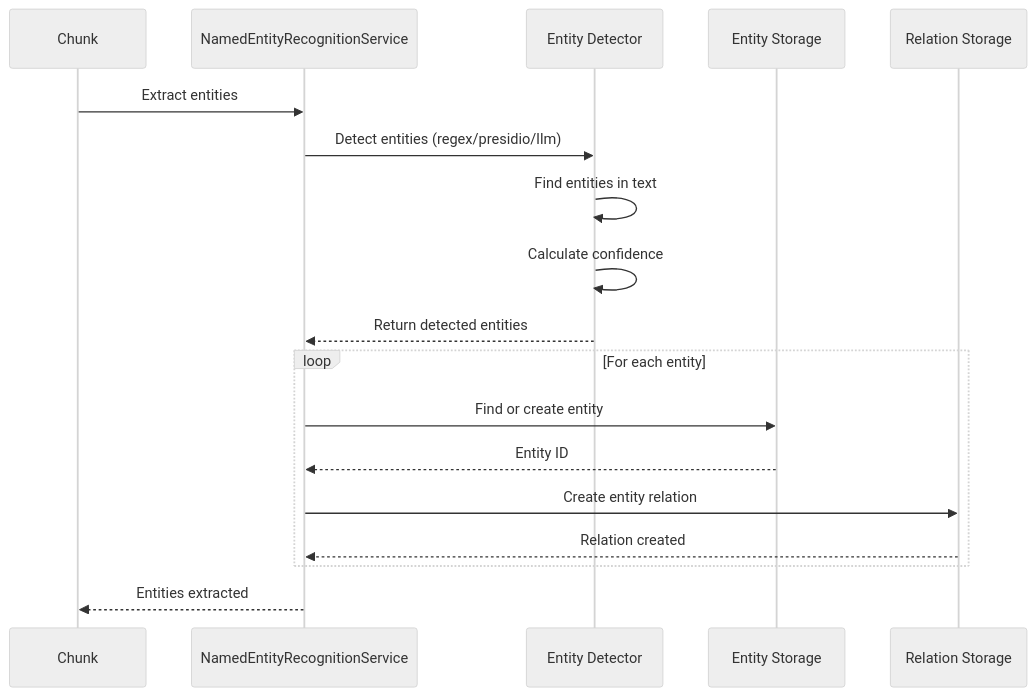
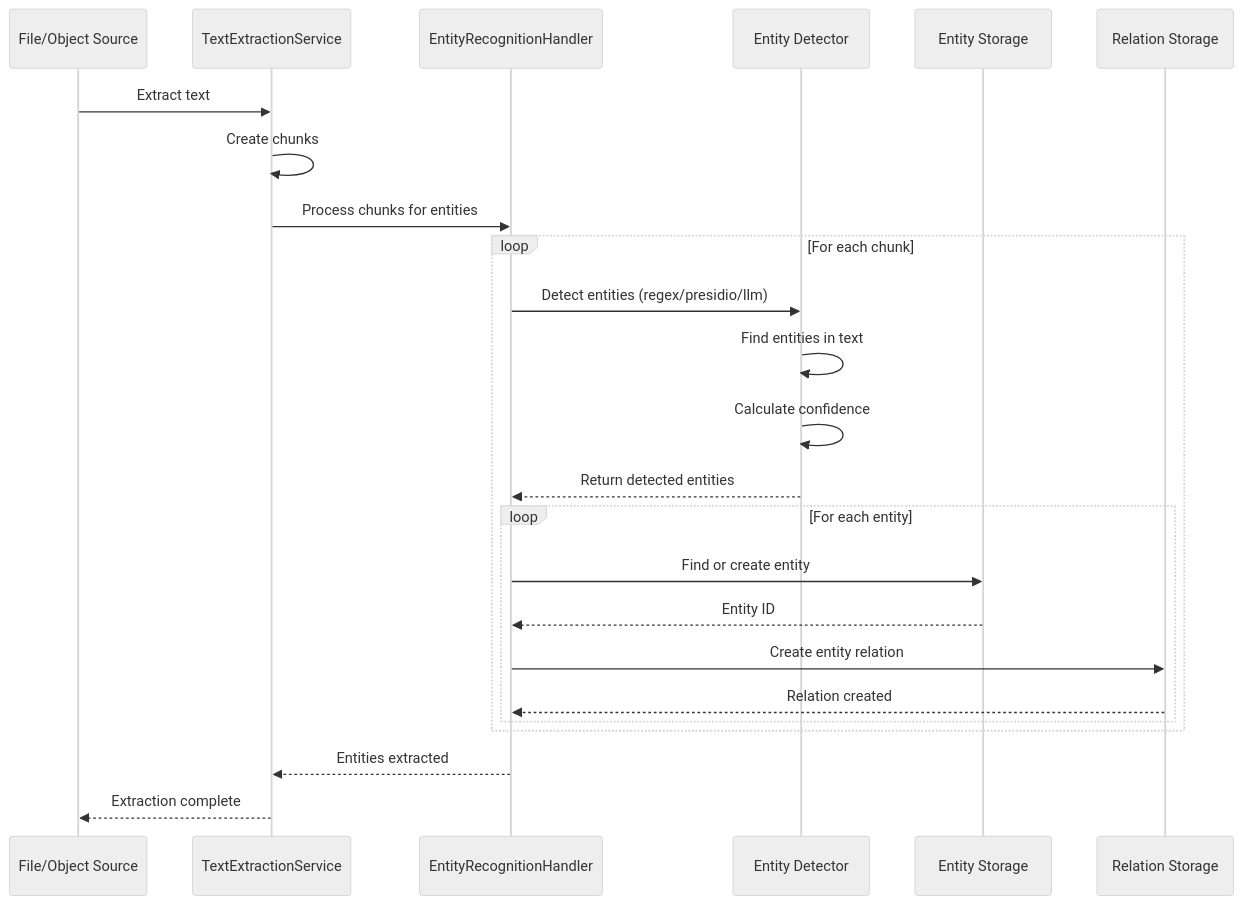
One commit to ConductionNL/openregister changed the diagram in website/docs/technical/named-entity-recognition.md. Above: the diagram before and after it, drawn with Mermaid (neutral theme). The commit also changed other lines of this file and 97 other files, not shown here.

````diff
--- a/website/docs/technical/named-entity-recognition.md
+++ b/website/docs/technical/named-entity-recognition.md
@@ -25,23 +25,30 @@
 ```mermaid
 sequenceDiagram
-    participant Chunk
-    participant NER as NamedEntityRecognitionService
+    participant Source as File/Object Source
+    participant TES as TextExtractionService
+    participant ERH as EntityRecognitionHandler
     participant Detector as Entity Detector
     participant EntityDB as Entity Storage
     participant RelationDB as Relation Storage
     
-    Chunk->>NER: Extract entities
-    NER->>Detector: Detect entities (regex/presidio/llm)
-    Detector->>Detector: Find entities in text
-    Detector->>Detector: Calculate confidence
-    Detector-->>NER: Return detected entities
+    Source->>TES: Extract text
+    TES->>TES: Create chunks
+    TES->>ERH: Process chunks for entities
     
-    loop For each entity
-        NER->>EntityDB: Find or create entity
-        EntityDB-->>NER: Entity ID
-        NER->>RelationDB: Create entity relation
-        RelationDB-->>NER: Relation created
+    loop For each chunk
+        ERH->>Detector: Detect entities (regex/presidio/llm)
+        Detector->>Detector: Find entities in text
+        Detector->>Detector: Calculate confidence
+        Detector-->>ERH: Return detected entities
+        
+        loop For each entity
+            ERH->>EntityDB: Find or create entity
+            EntityDB-->>ERH: Entity ID
+            ERH->>RelationDB: Create entity relation
+            RelationDB-->>ERH: Relation created
+        end
     end
     
-    NER-->>Chunk: Entities extracted
+    ERH-->>TES: Entities extracted
+    TES-->>Source: Extraction complete
 ```
````
